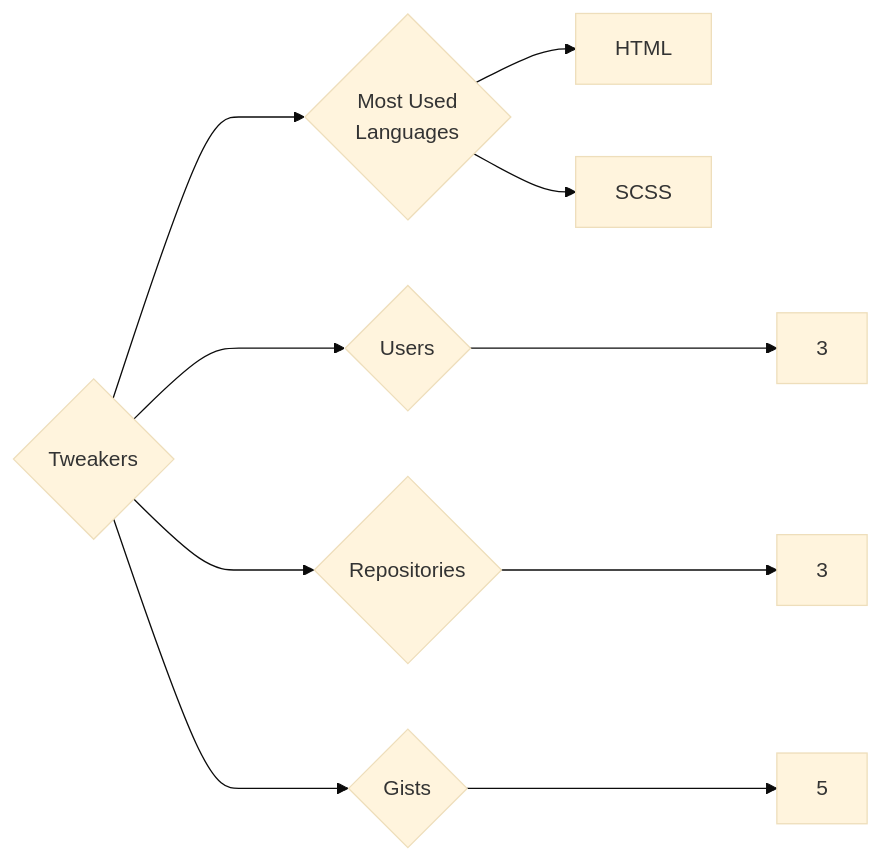
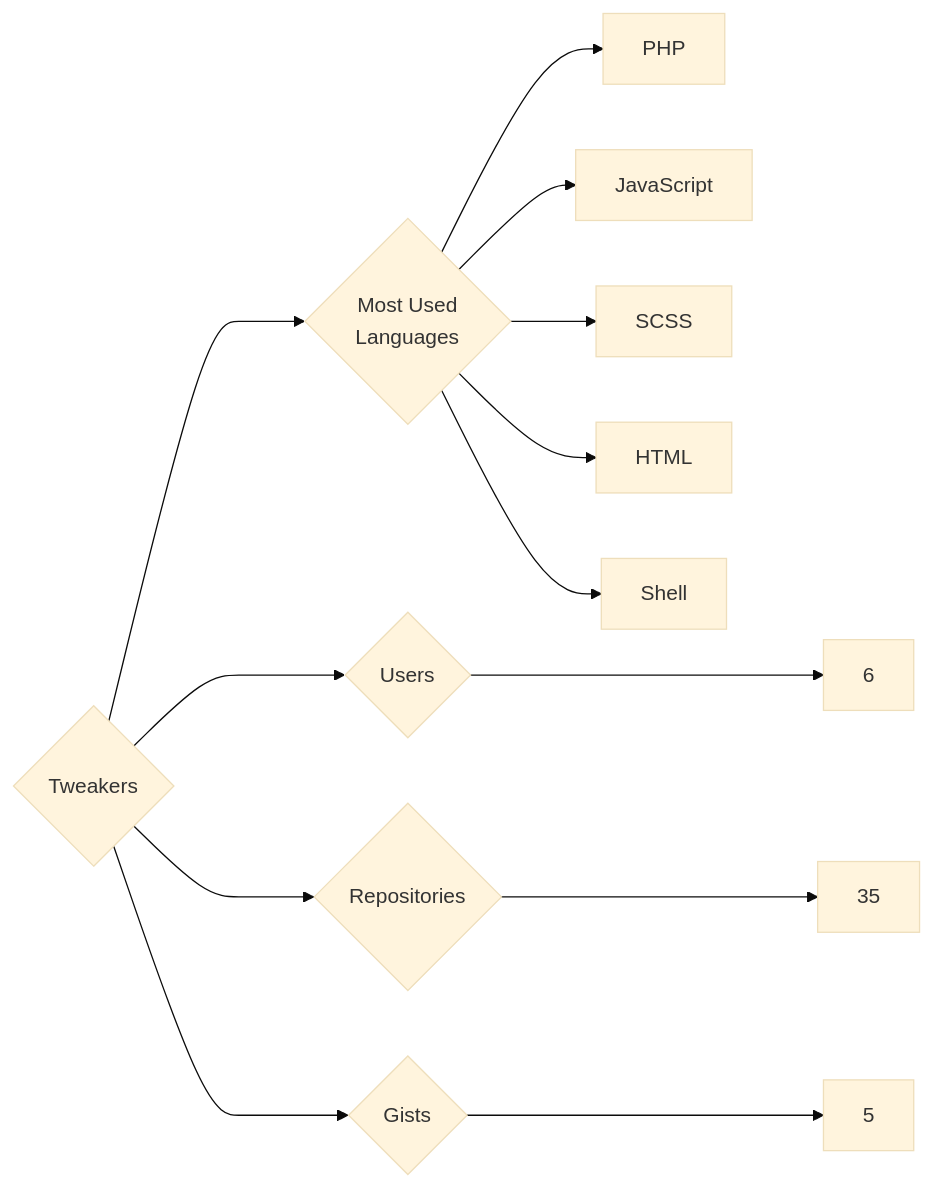
One commit to trickest/insiders changed the diagram in targets/Tweakers/README.md. Above: the diagram before and after it, drawn with Mermaid (base theme). The commit also changed 871 other files, not shown here.

````diff
--- a/targets/Tweakers/README.md
+++ b/targets/Tweakers/README.md
@@ -3,10 +3,13 @@
 ```mermaid
 graph LR
 COMPANY_NAME{Tweakers}
-COMPANY_NAME ---> U{Users} ---> UN[3]
-COMPANY_NAME ---> R{Repositories} ---> RN[3]
+COMPANY_NAME ---> U{Users} ---> UN[6]
+COMPANY_NAME ---> R{Repositories} ---> RN[35]
 COMPANY_NAME ---> G{Gists} ---> GN[5]
 COMPANY_NAME ---> ML{Most Used<br>Languages}
+ML --> PHP[PHP]
+ML --> JavaScript[JavaScript]
+ML --> SCSS[SCSS]
 ML --> HTML[HTML]
-ML --> SCSS[SCSS]
+ML --> Shell[Shell]
 ```
````
